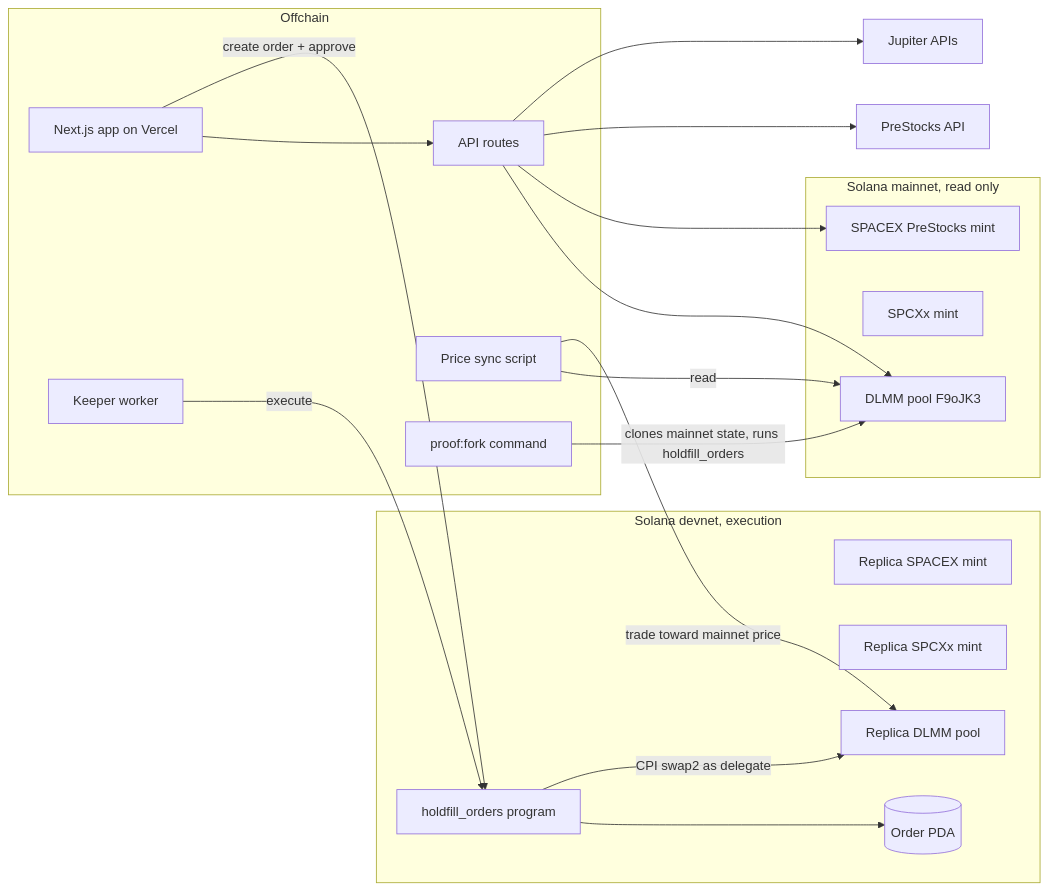
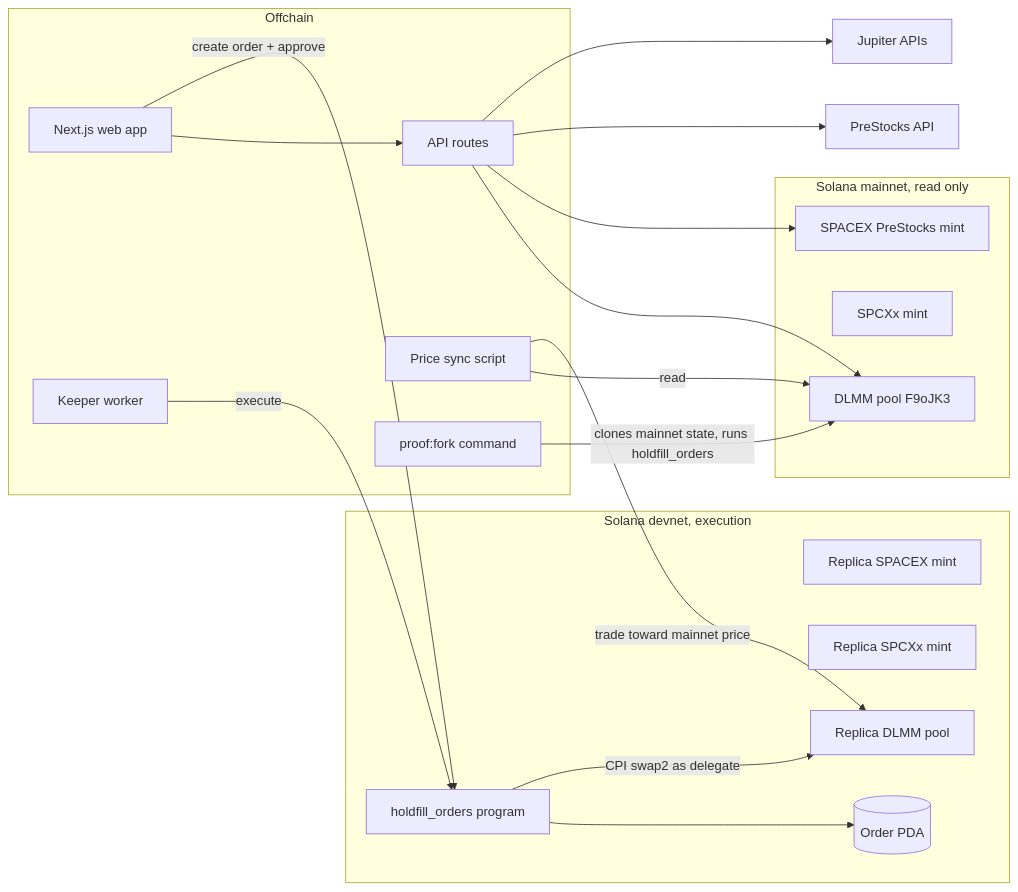
Before and after one commit to mystiquemide/holdfill: the diagram in docs/ARCHITECTURE.md, drawn with Mermaid. The commit also changed other lines of this file and 14 other files, not shown here.

````diff
--- a/docs/ARCHITECTURE.md
+++ b/docs/ARCHITECTURE.md
@@ -7,34 +7,34 @@
 ```mermaid
 flowchart LR
   subgraph Mainnet [Solana mainnet, read only]
     MS[SPACEX PreStocks mint]
     MX[SPCXx mint]
     MP[DLMM pool F9oJK3]
   end
   subgraph Devnet [Solana devnet, execution]
     RS[Replica SPACEX mint]
     RX[Replica SPCXx mint]
     DP[Replica DLMM pool]
     HP[holdfill_orders program]
     OA[(Order PDA)]
   end
   subgraph Offchain
-    WEB[Next.js app on Vercel]
+    WEB[Next.js web app]
     API[API routes]
     KEEP[Keeper worker]
     SYNC[Price sync script]
     FORK[proof:fork command]
   end
   PRE[PreStocks API]
   JUP[Jupiter APIs]
 
   WEB --> API
   API --> MP & MS & PRE & JUP
   WEB -- create order + approve --> HP
   HP --> OA
   KEEP -- execute --> HP
   HP -- CPI swap2 as delegate --> DP
   SYNC -- read --> MP
   SYNC -- trade toward mainnet price --> DP
   FORK -- clones mainnet state, runs holdfill_orders --> MP
 ```
````
